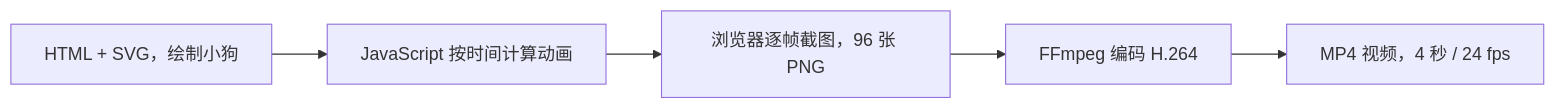
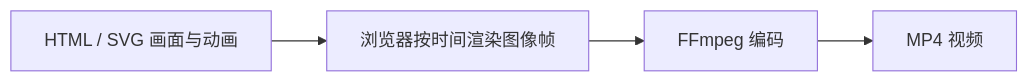
One commit to qzruncode/accumulation changed the diagram in video/html-svg-ffmpeg.md. Above: the diagram before and after it, drawn with Mermaid. The commit also changed other lines of this file and 1 other file, not shown here.

Commit message:
docs: simplify HTML SVG FFmpeg video guide

````diff
--- a/video/html-svg-ffmpeg.md
+++ b/video/html-svg-ffmpeg.md
@@ -11,7 +5,6 @@
 ```mermaid
 flowchart LR
-    A["HTML + SVG，绘制小狗"] --> B["JavaScript 按时间计算动画"]
-    B --> C["浏览器逐帧截图，96 张 PNG"]
-    C --> D["FFmpeg 编码 H.264"]
-    D --> E["MP4 视频，4 秒 / 24 fps"]
+    A[HTML / SVG 画面与动画] --> B[浏览器按时间渲染图像帧]
+    B --> C[FFmpeg 编码]
+    C --> D[MP4 视频]
 ```
````
